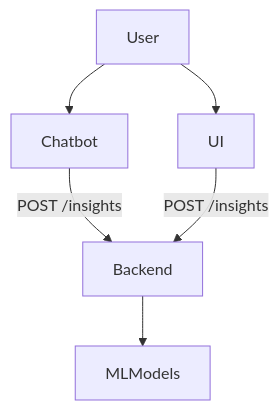
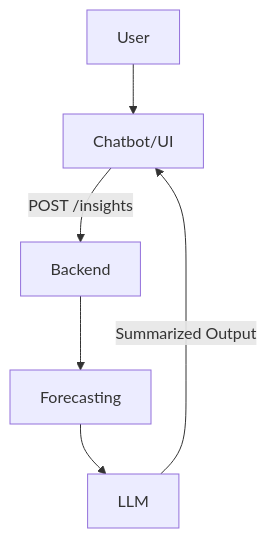
The diagram in README.md (kaedeaki/BankEase), drawn with Mermaid before and after one commit. The commit also changed other lines of this file, not shown here.

````diff
--- a/README.md
+++ b/README.md
@@ -10,9 +10,8 @@
 ```mermaid
 graph TD
-  User --> Chatbot
-  User --> UI
-  Chatbot -->|POST /insights| Backend
-  UI -->|POST /insights| Backend
-  Backend --> MLModels
-　
+  User --> Chatbot/UI
+  Chatbot/UI -->|POST /insights| Backend
+  Backend --> Forecasting
+  Forecasting --> LLM
+  LLM -->|Summarized Output| Chatbot/UI
 ```
````
